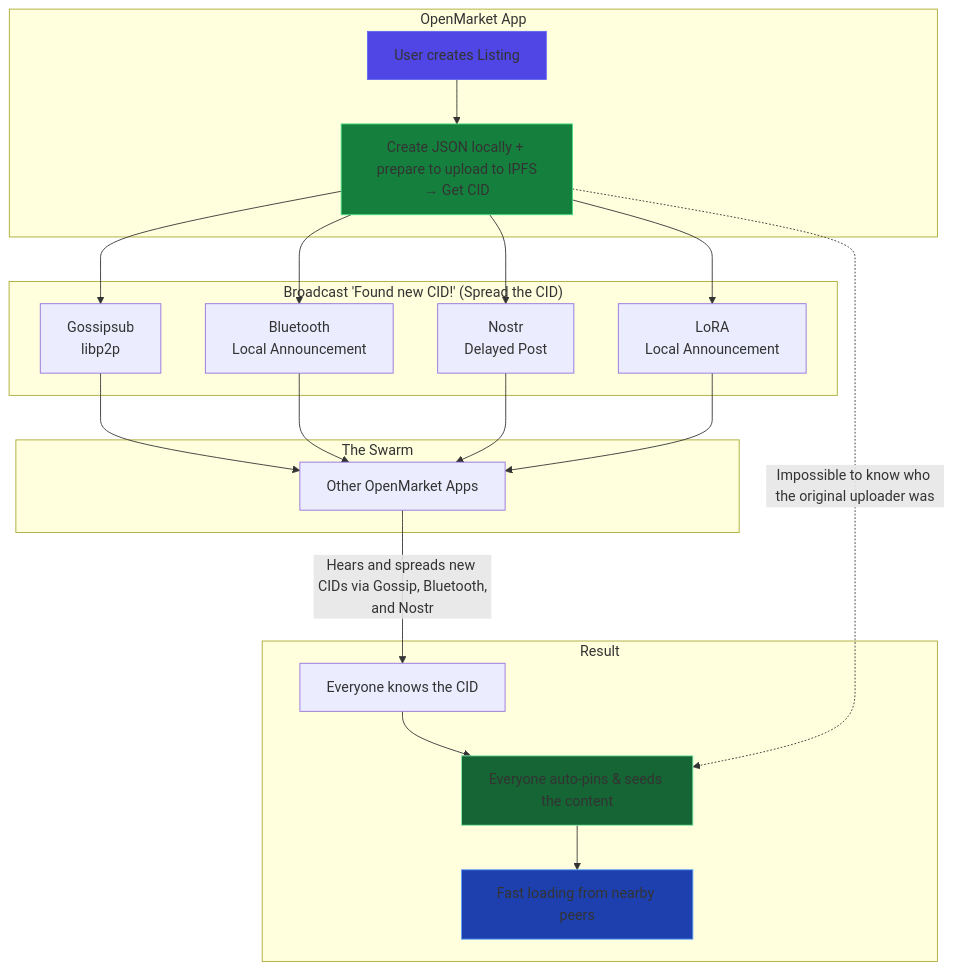
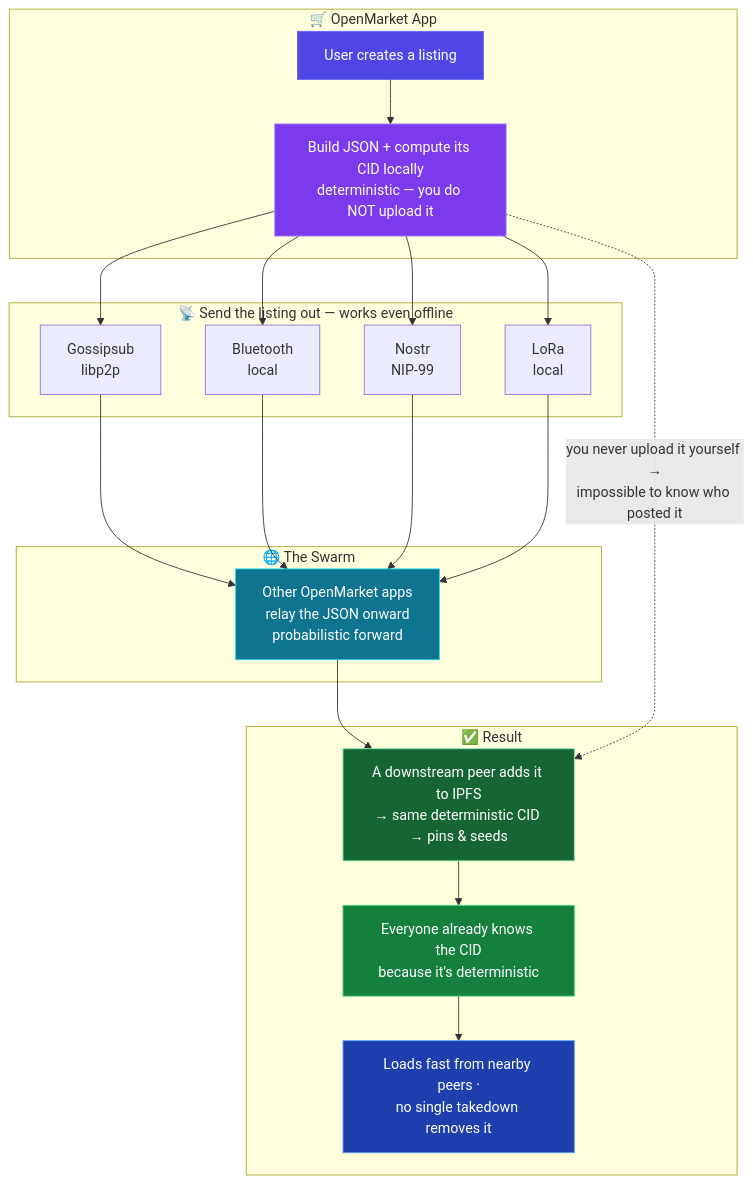
One commit to lukeprofits/OpenMarket changed the diagram in README.md. Above: the diagram before and after it, drawn with Mermaid. The commit also changed other lines of this file, not shown here.

````diff
--- a/README.md
+++ b/README.md
@@ -14,46 +46,46 @@
 ```mermaid
 flowchart TD
-    subgraph "OpenMarket App"
-        A[User creates Listing] 
-        B[Create JSON locally + prepare to upload to IPFS<br/>→ Get CID]
+    subgraph APP["🛒 OpenMarket App"]
+        A["User creates a listing"]
+        B["Build JSON + compute its CID locally<br/>deterministic — you do NOT upload it"]
+        A --> B
     end
 
-    subgraph "Broadcast 'Found new CID!' (Spread the CID)"
-        C[Gossipsub<br/>libp2p]
-        D[Bluetooth<br/>Local Announcement]
-        E[Nostr<br/>Delayed Post]
-        J[LoRA<br/>Local Announcement]
+    subgraph SPREAD["📡 Send the listing out — works even offline"]
+        C["Gossipsub<br/>libp2p"]
+        D["Bluetooth<br/>local"]
+        E["Nostr<br/>NIP-99"]
+        J["LoRa<br/>local"]
     end
 
-    subgraph "The Swarm"
-        F[Other OpenMarket Apps]
+    subgraph SWARM["🌐 The Swarm"]
+        F["Other OpenMarket apps<br/>relay the JSON onward<br/>probabilistic forward"]
     end
 
-    subgraph "Result"
-        G[Everyone knows the CID]
-        H[Everyone auto-pins & seeds the content]
-        I[Fast loading from nearby peers]
+    subgraph RESULT["✅ Result"]
+        G["A downstream peer adds it to IPFS<br/>→ same deterministic CID → pins & seeds"]
+        H["Everyone already knows the CID<br/>because it's deterministic"]
+        I["Loads fast from nearby peers ·<br/>no single takedown removes it"]
     end
 
-    A --> B
     B --> C
     B --> D
     B --> E
     B --> J
-
     C --> F
     D --> F
     E --> F
     J --> F
-
-    F -->|"Hears and spreads new CIDs via Gossip, Bluetooth,<br/>and Nostr"| G
+    F --> G
     G --> H
     H --> I
 
-    B -.->|"Impossible to know who the original uploader was"| H
+    B -.->|"you never upload it yourself →<br/>impossible to know who posted it"| G
 
-    style A fill:#4f46e5,stroke:#6366f1
-    style B fill:#15803d,stroke:#4ade80
-    style H fill:#166534,stroke:#86efac
-    style I fill:#1e40af,stroke:#60a5fa
+    style A fill:#4f46e5,stroke:#6366f1,color:#fff
+    style B fill:#7c3aed,stroke:#a78bfa,color:#fff
+    style F fill:#0e7490,stroke:#22d3ee,color:#fff
+    style G fill:#166534,stroke:#86efac,color:#fff
+    style H fill:#15803d,stroke:#4ade80,color:#fff
+    style I fill:#1e40af,stroke:#60a5fa,color:#fff
 ```
````
